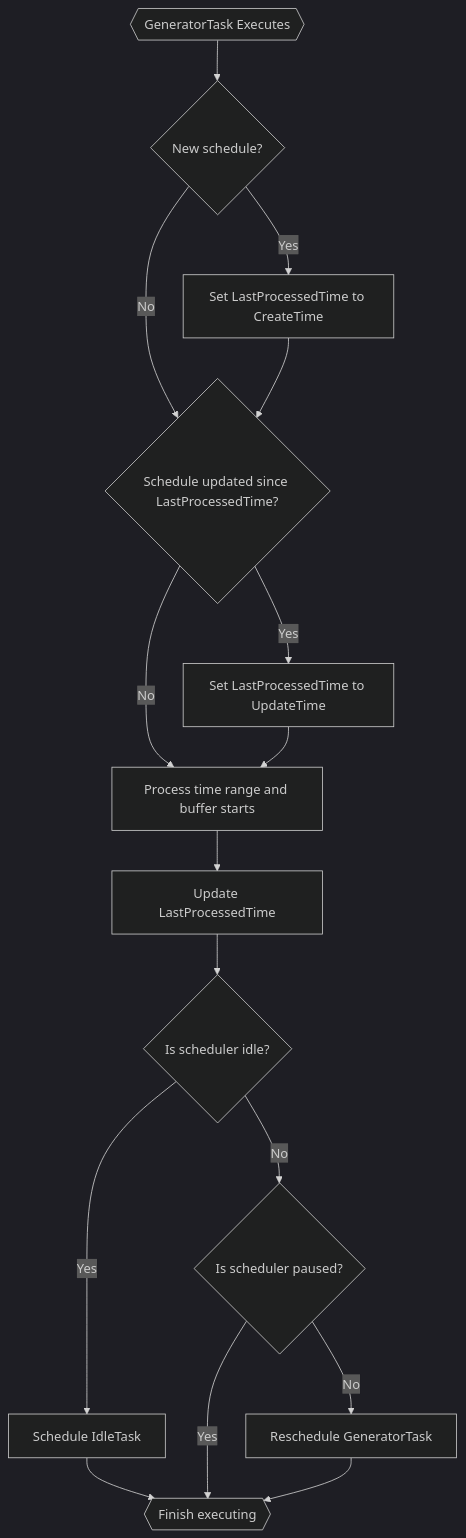
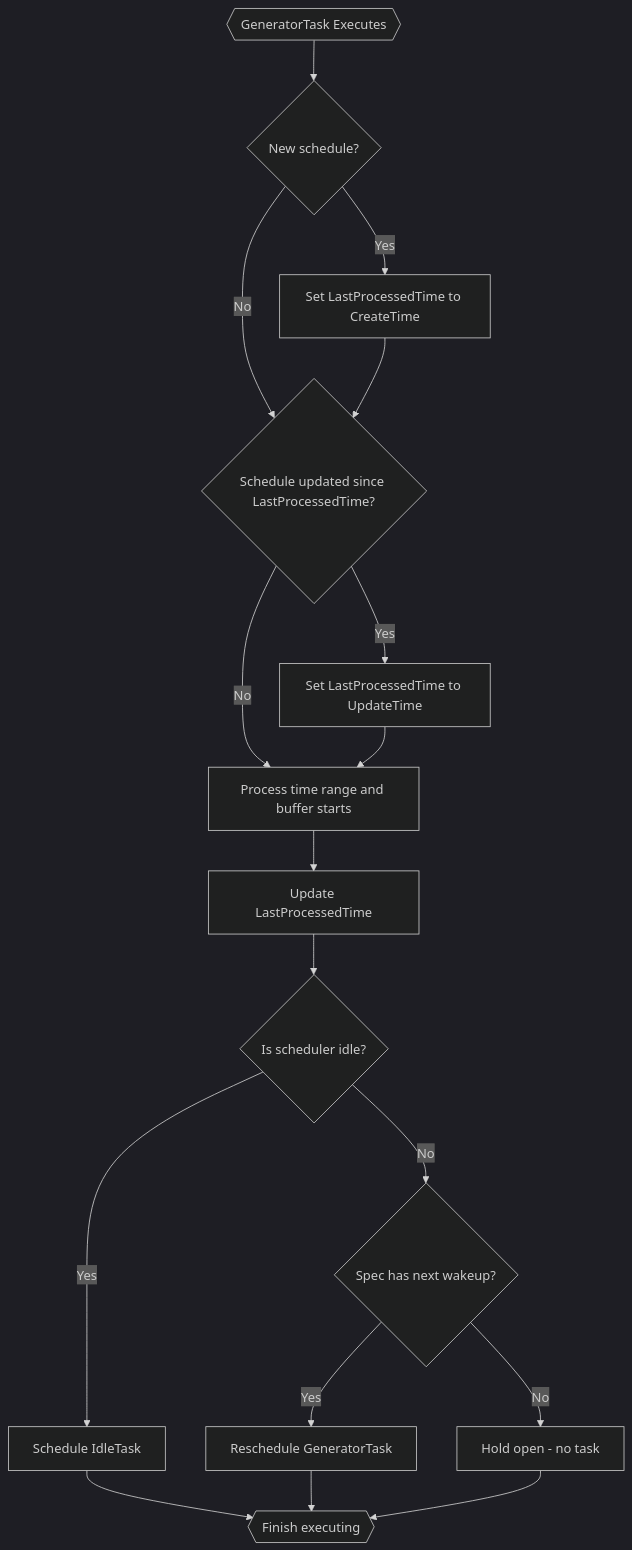
Before and after one commit to temporalio/temporal: the third of 9 diagrams in docs/architecture/schedules.md, drawn with Mermaid (dark theme). The commit also changed other lines of this file and 15 other files, not shown here.

````diff
--- a/docs/architecture/schedules.md
+++ b/docs/architecture/schedules.md
@@ -89,31 +93,33 @@
 ```mermaid
 flowchart TD
     A{{GeneratorTask Executes}}
     B{New schedule?}
     C[Set LastProcessedTime to CreateTime]
     D{Schedule updated since LastProcessedTime?}
     E[Set LastProcessedTime to UpdateTime]
     F[Process time range and buffer starts]
     G[Update LastProcessedTime]
     H{Is scheduler idle?}
     I[Schedule IdleTask]
-    J{Is scheduler paused?}
+    J{Spec has next wakeup?}
     K[Reschedule GeneratorTask]
+    M[Hold open - no task]
     L{{Finish executing}}
 
     A --> B
     B -->|Yes| C
     B -->|No| D
     C --> D
     D -->|Yes| E
     D -->|No| F
     E --> F
     F --> G
     G --> H
     H -->|Yes| I
     H -->|No| J
     I --> L
-    J -->|Yes| L
-    J -->|No| K
+    J -->|Yes| K
+    J -->|No| M
     K --> L
+    M --> L
 ```
````
